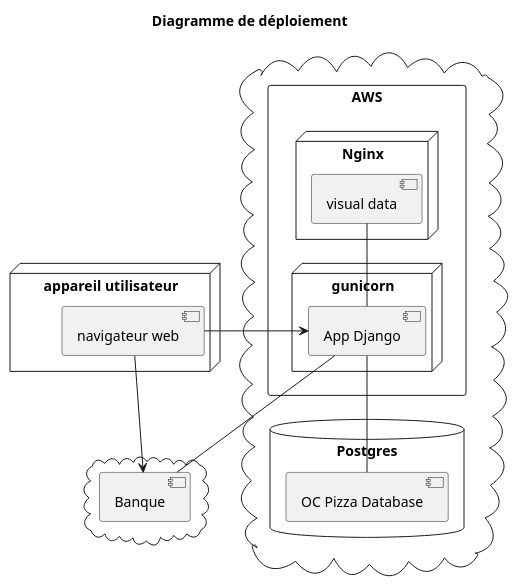
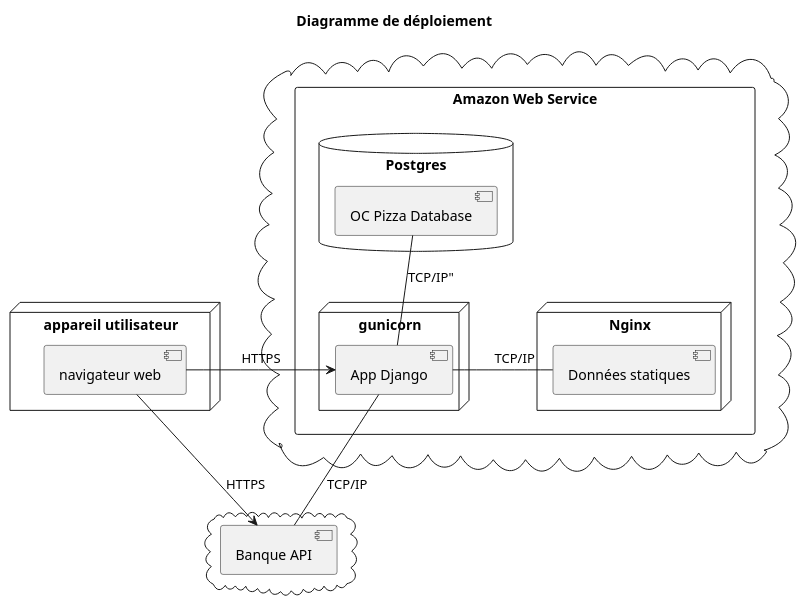
One commit to Zepmanbc/oc_dapython_pr6 changed the diagram in doc/uml/09_diagram_deployment.puml. Above: the diagram before and after it, drawn with PlantUML. The commit also changed 3 other files, not shown here.

```diff
--- a/doc/uml/09_diagram_deployment.puml
+++ b/doc/uml/09_diagram_deployment.puml
@@ -1,38 +1,37 @@
 @startuml 09_diagram_deployment
 title Diagramme de déploiement
 
 
 node "appareil utilisateur"{
     [navigateur web]
 }
 
-
-
 cloud {
-    rectangle AWS{
+    rectangle "Amazon Web Service"{
         node gunicorn {
             ["App Django"]
         }
         node Nginx{
-            ["visual data"]
+            ["Données statiques"]
         }
+        database "Postgres"{
+        ["OC Pizza Database"]
     }
-    database "Postgres"{
-        ["OC Pizza Database"]
+    
 }
 }
 cloud {
-    [Banque]
+    [Banque API]
 }
 
-[navigateur web] -> ["App Django"]
+[navigateur web] -> ["App Django"] : "           HTTPS           "
 
-[navigateur web] --> [Banque]
+[navigateur web] --> [Banque API] : "HTTPS"
 
-["App Django"] -- [Banque]
+["App Django"] -- [Banque API] : "TCP/IP"
 
-["App Django"] -- ["OC Pizza Database"]
+["App Django"] -up- ["OC Pizza Database"] : TCP/IP"
 
-["visual data"] -- ["App Django"]
+["App Django"] - ["Données statiques"]: "       TCP/IP"
 
 @enduml
```
